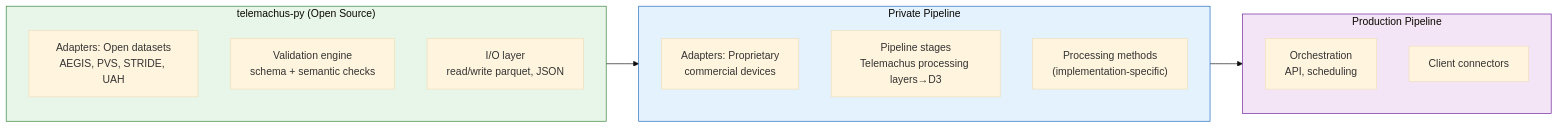
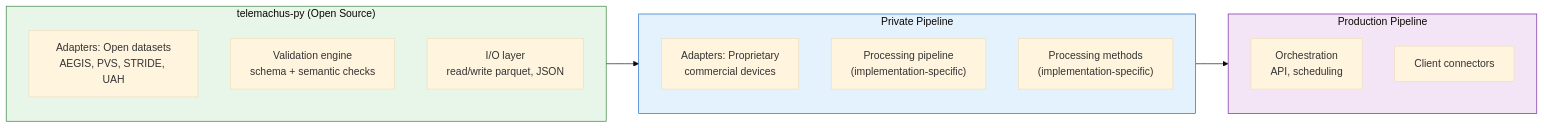
Before and after one commit to telemachus3/telemachus: the first of 5 diagrams in spec/SPEC-03-adapters-validation.md, drawn with Mermaid (base theme). The commit also changed other lines of this file and 3 other files, not shown here.

Commit message:
remove Telemachus/enriched/events layer terminology from public specs — Telemachus is a format, not a pipeline

````diff
--- a/spec/SPEC-03-adapters-validation.md
+++ b/spec/SPEC-03-adapters-validation.md
@@ -25,25 +25,25 @@
 ```mermaid
 graph LR
     subgraph PUBLIC["telemachus-py (Open Source)"]
         A_OPEN["Adapters: Open datasets\nAEGIS, PVS, STRIDE, UAH"]
         VAL["Validation engine\nschema + semantic checks"]
         IO["I/O layer\nread/write parquet, JSON"]
     end
 
     subgraph PRIVATE["Private Pipeline"]
         A_PROP["Adapters: Proprietary\ncommercial devices"]
-        PIPE["Pipeline stages\nTelemachus processing layers→D3"]
+        PIPE["Processing pipeline\n(implementation-specific)"]
         METHODS["Processing methods\n(implementation-specific)"]
     end
 
     subgraph PRODUCT["Production Pipeline"]
         ORCH["Orchestration\nAPI, scheduling"]
         CONN["Client connectors"]
     end
 
     PUBLIC --> PRIVATE --> PRODUCT
 
     style PUBLIC fill:#e8f5e9,stroke:#2e7d32
     style PRIVATE fill:#e3f2fd,stroke:#1565c0
     style PRODUCT fill:#f3e5f5,stroke:#6a1b9a
 ```
````
